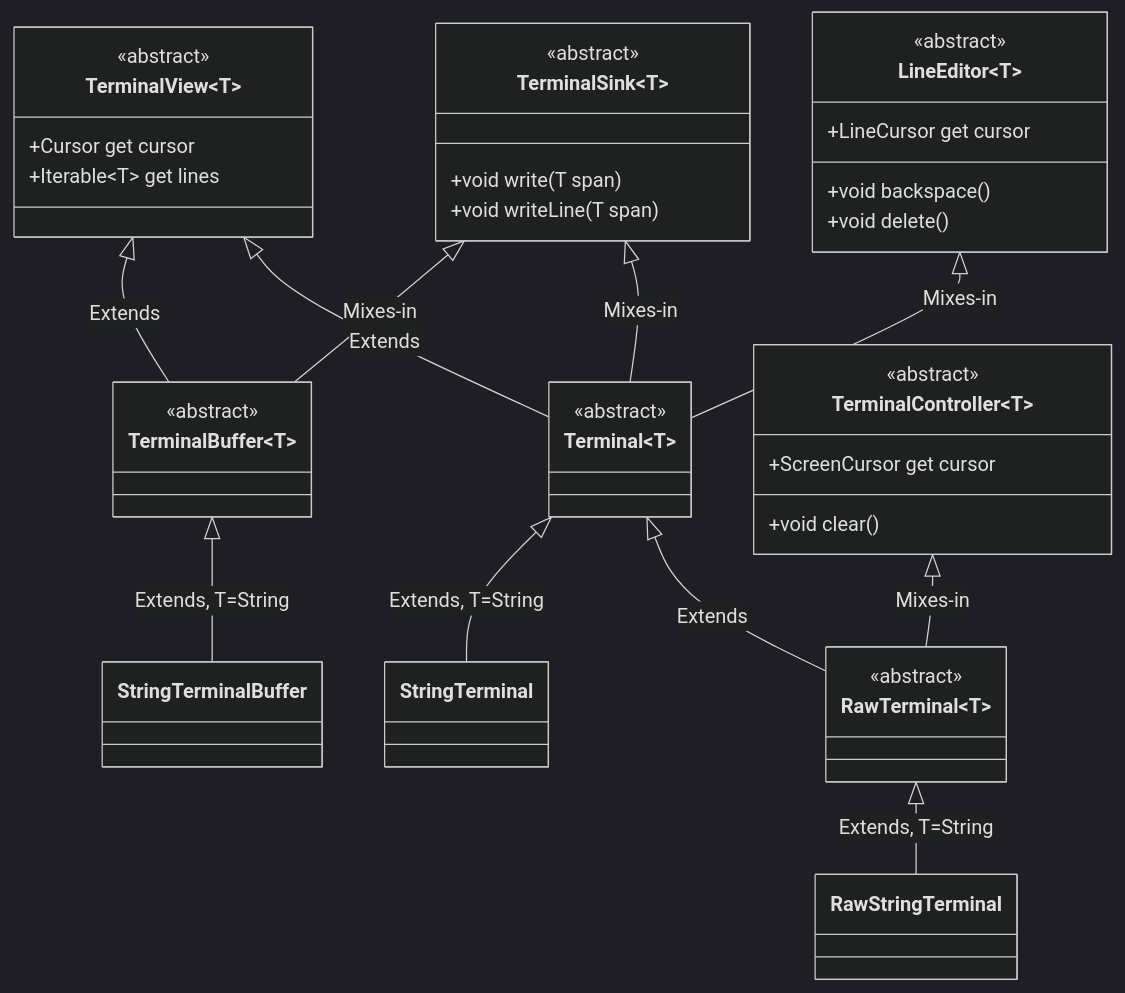
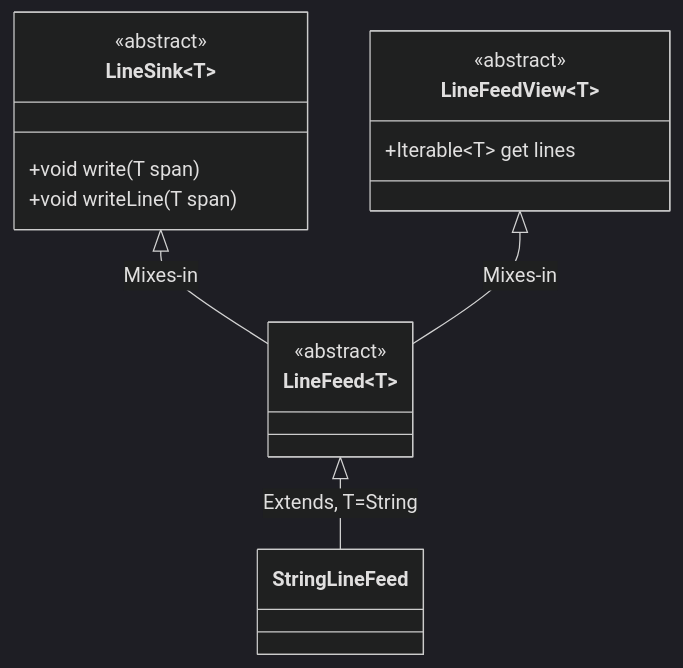
One commit to matanlurey/dt changed the diagram in README.md. Above: the diagram before and after it, drawn with Mermaid (dark theme). The commit also changed 22 other files, not shown here.

````diff
--- a/README.md
+++ b/README.md
@@ -54,45 +41,18 @@
 ```mermaid
 classDiagram
-  class TerminalView~T~
-  <<abstract>> TerminalView
-    TerminalView~T~ : +Cursor get cursor
-    TerminalView~T~ : +Iterable~T~ get lines
+  class LineSink~T~
+  <<abstract>> LineSink
+    LineSink~T~ : +void write(T span)
+    LineSink~T~ : +void writeLine(T span)
+
+  class LineFeedView~T~
+  <<abstract>> LineFeedView
+    LineFeedView~T~ : +Iterable~T~ get lines
+
+  class LineFeed~T~
+  <<abstract>> LineFeed
   
-  class TerminalSink~T~
-  <<abstract>> TerminalSink
-    TerminalSink~T~ : +void write(T span)
-    TerminalSink~T~ : +void writeLine(T span)
-
-  class TerminalBuffer~T~
-  <<abstract>> TerminalBuffer
-
-  TerminalView~T~ <|-- TerminalBuffer~T~ : Extends
-  TerminalSink~T~ <|-- TerminalBuffer~T~ : Mixes-in
-  TerminalBuffer~T~ <|-- StringTerminalBuffer : Extends, T=String
-
-  class LineEditor~T~
-  <<abstract>> LineEditor
-    LineEditor~T~ : +LineCursor get cursor
-    LineEditor~T~ : +void backspace()
-    LineEditor~T~ : +void delete()
-
-  class Terminal~T~
-  <<abstract>> Terminal
-
-  LineEditor~T~ <|-- Terminal~T~ : Mixes-in
-  TerminalSink~T~ <|-- Terminal~T~ : Mixes-in
-  TerminalView~T~ <|-- Terminal~T~ : Extends
-  Terminal~T~ <|-- StringTerminal : Extends, T=String
-
-  class TerminalController~T~
-  <<abstract>> TerminalController
-    TerminalController~T~ : +void clear()
-    TerminalController~T~ : +ScreenCursor get cursor
-
-  class RawTerminal~T~
-  <<abstract>> RawTerminal
-
-  Terminal~T~ <|-- RawTerminal~T~ : Extends
-  TerminalController~T~ <|-- RawTerminal~T~ : Mixes-in
-  RawTerminal~T~ <|-- RawStringTerminal : Extends, T=String
+  LineSink~T~ <|-- LineFeed~T~ : Mixes-in
+  LineFeedView~T~ <|-- LineFeed~T~ : Mixes-in
+  LineFeed~T~ <|-- StringLineFeed : Extends, T=String
 ```
````
